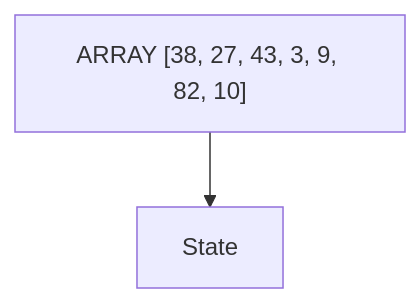
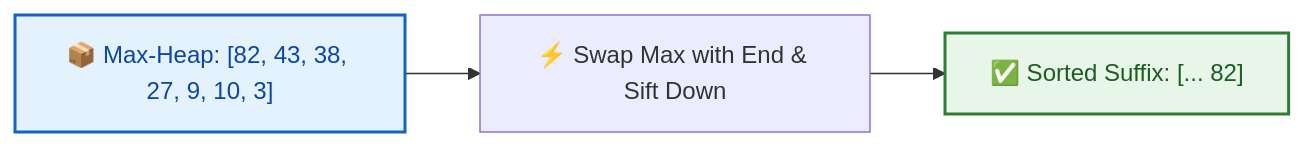
One commit to dip4k/DSA_102 changed the fourth of 7 diagrams in week_03_foundations_iii_sorting_and_hashing/Week_03_Visual_Concepts_Playbook_HYBRID.md. Above: the diagram before and after it, drawn with Mermaid. The commit also changed other lines of this file and 332 other files, not shown here.

````diff
--- a/week_03_foundations_iii_sorting_and_hashing/Week_03_Visual_Concepts_Playbook_HYBRID.md
+++ b/week_03_foundations_iii_sorting_and_hashing/Week_03_Visual_Concepts_Playbook_HYBRID.md
@@ -417,5 +431,11 @@
 ```mermaid
-flowchart TD
-    R["ARRAY [38, 27, 43, 3, 9, 82, 10]"]
-    R --> N1["State"]
+flowchart LR
+    classDef heap fill:#e3f2fd,stroke:#1565c0,stroke-width:2px,color:#0d47a1
+    classDef sorted fill:#e8f5e9,stroke:#2e7d32,stroke-width:2px,color:#1b5e20
+
+    H["📦 Max-Heap: [82, 43, 38, 27, 9, 10, 3]"]:::heap
+    Ext["⚡ Swap Max with End & Sift Down"]
+    S["✅ Sorted Suffix: [... 82]"]:::sorted
+
+    H --> Ext --> S
 ```
````
